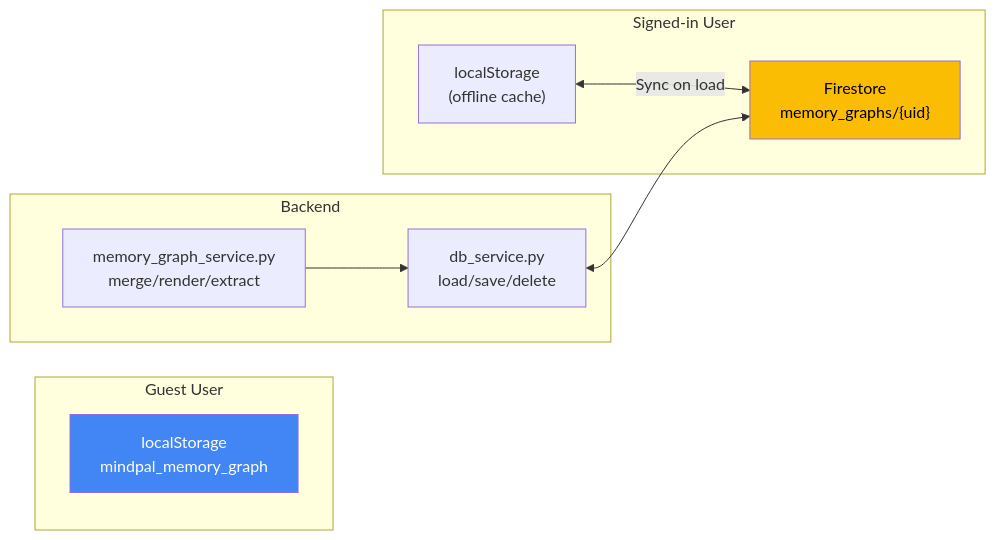
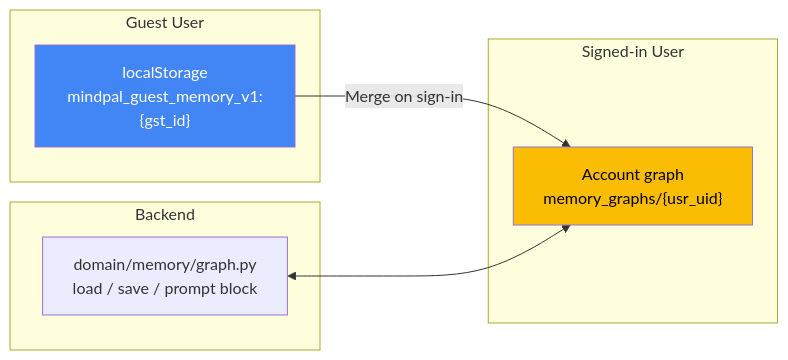
One commit to M1rw/MindPal changed the sixth of 6 diagrams in docs/backend/memory-v3.md. Above: the diagram before and after it, drawn with Mermaid. The commit also changed other lines of this file and 272 other files, not shown here.

````diff
--- a/docs/backend/memory-v3.md
+++ b/docs/backend/memory-v3.md
@@ -203,23 +208,20 @@
 ```mermaid
 flowchart LR
     subgraph "Guest User"
-        LS["localStorage<br/>mindpal_memory_graph"]
+        LS["localStorage<br/>mindpal_guest_memory_v1:{gst_id}"]
     end
 
     subgraph "Signed-in User"
-        LS2["localStorage<br/>(offline cache)"]
-        FS["Firestore<br/>memory_graphs/{uid}"]
+        FS["Account graph<br/>memory_graphs/{usr_uid}"]
     end
 
     subgraph "Backend"
-        DB_SVC["db_service.py<br/>load/save/delete"]
-        MG_SVC["memory_graph_service.py<br/>merge/render/extract"]
+        MG_SVC["domain/memory/graph.py<br/>load / save / prompt block"]
     end
 
-    LS2 <-->|"Sync on load"| FS
-    DB_SVC <--> FS
-    MG_SVC --> DB_SVC
+    LS -->|"Merge on sign-in"| FS
+    MG_SVC <--> FS
 
     style FS fill:#fbbc04,color:black
     style LS fill:#4285f4,color:white
 ```
````
